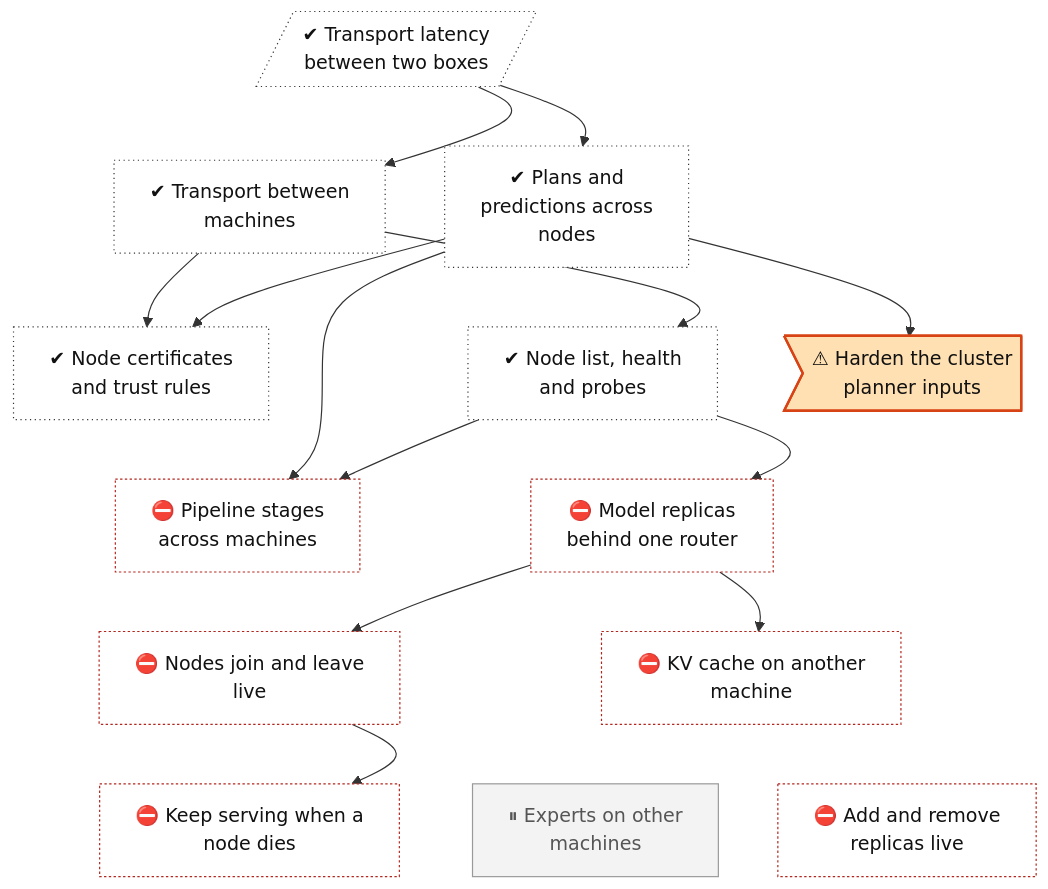
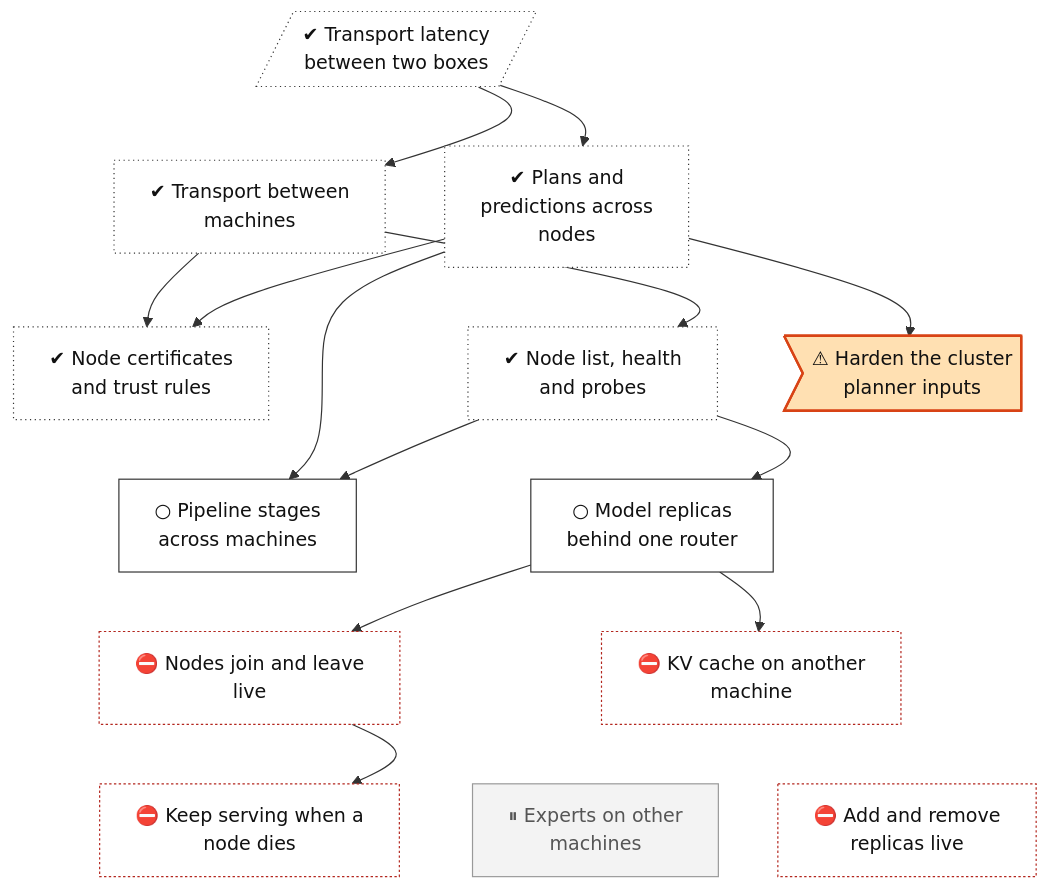
Before and after one commit to lhns/tetraeder: the diagram in docs/roadmap/tracks/cluster.md, drawn with Mermaid. The commit also changed other lines of this file and 2 other files, not shown here.

Commit message:
Tree: cluster-pipeline-nodes and cluster-replicas next (step 3 done) (not measured)

````diff
--- a/docs/roadmap/tracks/cluster.md
+++ b/docs/roadmap/tracks/cluster.md
@@ -10,59 +10,60 @@
 ```mermaid
 flowchart TB
     cluster_transport_wan[/"✔ Transport latency<br/>between two boxes"/]
     cluster_transport["✔ Transport between<br/>machines"]
     cluster_planner["✔ Plans and<br/>predictions across<br/>nodes"]
     cluster_mtls["✔ Node certificates<br/>and trust rules"]
     cluster_discovery["✔ Node list, health<br/>and probes"]
     cluster_planner_hardening>"⚠ Harden the cluster<br/>planner inputs"]
-    cluster_pipeline_nodes["⛔ Pipeline stages<br/>across machines"]
-    cluster_replicas["⛔ Model replicas<br/>behind one router"]
+    cluster_pipeline_nodes["○ Pipeline stages<br/>across machines"]
+    cluster_replicas["○ Model replicas<br/>behind one router"]
     cluster_join_leave["⛔ Nodes join and leave<br/>live"]
     cluster_remote_kv["⛔ KV cache on another<br/>machine"]
     cluster_failover["⛔ Keep serving when a<br/>node dies"]
     cluster_experts_nodes["⏸ Experts on other<br/>machines"]
     cluster_replica_scaling["⛔ Add and remove<br/>replicas live"]
     cluster_transport_wan ~~~ cluster_transport
     cluster_transport_wan ~~~ cluster_planner
     cluster_transport ~~~ cluster_mtls
     cluster_planner ~~~ cluster_discovery
     cluster_planner ~~~ cluster_planner_hardening
     cluster_mtls ~~~ cluster_pipeline_nodes
     cluster_discovery ~~~ cluster_replicas
     cluster_planner_hardening ~~~ cluster_replicas
     cluster_pipeline_nodes ~~~ cluster_join_leave
     cluster_replicas ~~~ cluster_remote_kv
     cluster_join_leave ~~~ cluster_failover
     cluster_remote_kv ~~~ cluster_experts_nodes
     cluster_remote_kv ~~~ cluster_replica_scaling
     cluster_transport_wan --> cluster_transport
     cluster_transport_wan --> cluster_planner
     cluster_transport --> cluster_mtls
     cluster_planner --> cluster_mtls
     cluster_transport --> cluster_discovery
     cluster_planner --> cluster_planner_hardening
     cluster_planner --> cluster_pipeline_nodes
     cluster_discovery --> cluster_pipeline_nodes
     cluster_discovery --> cluster_replicas
     cluster_replicas --> cluster_join_leave
     cluster_replicas --> cluster_remote_kv
     cluster_join_leave --> cluster_failover
     classDef vsucc fill:#2e9e4f,stroke:#1b6b34,color:#fff
     classDef succ fill:#bfe8c8,stroke:#2e9e4f,color:#111
     classDef mixed fill:#ffd37a,stroke:#c98a00,color:#111
     classDef bad fill:#f28b82,stroke:#b3261e,color:#111
     classDef dead fill:#e6e6e6,stroke:#777,stroke-dasharray:5 5,color:#555
     classDef inprog fill:#a8cdf5,stroke:#1f6fc5,color:#111
     classDef next fill:#fff,stroke:#333,color:#111
     classDef blocked fill:#fff,stroke:#b3261e,stroke-dasharray:2 2,color:#111
     classDef parked fill:#f3f3f3,stroke:#999,color:#555
     classDef unrated fill:#fff,stroke:#333,stroke-dasharray:1 3,color:#111
     classDef gate fill:#d9c2f0,stroke:#7b3fb5,color:#111
     classDef decided fill:#ece0f7,stroke:#7b3fb5,stroke-dasharray:2 2,color:#111
     classDef finding fill:#ffe0b2,stroke:#d84315,stroke-width:2px,color:#111
     classDef waiting fill:#e3f2fd,stroke:#1f6fc5,stroke-dasharray:5 5,color:#111
     class cluster_transport_wan,cluster_transport,cluster_planner,cluster_mtls,cluster_discovery unrated
     class cluster_planner_hardening finding
-    class cluster_pipeline_nodes,cluster_replicas,cluster_join_leave,cluster_remote_kv,cluster_failover,cluster_replica_scaling blocked
+    class cluster_pipeline_nodes,cluster_replicas next
+    class cluster_join_leave,cluster_remote_kv,cluster_failover,cluster_replica_scaling blocked
     class cluster_experts_nodes parked
 ```
````
